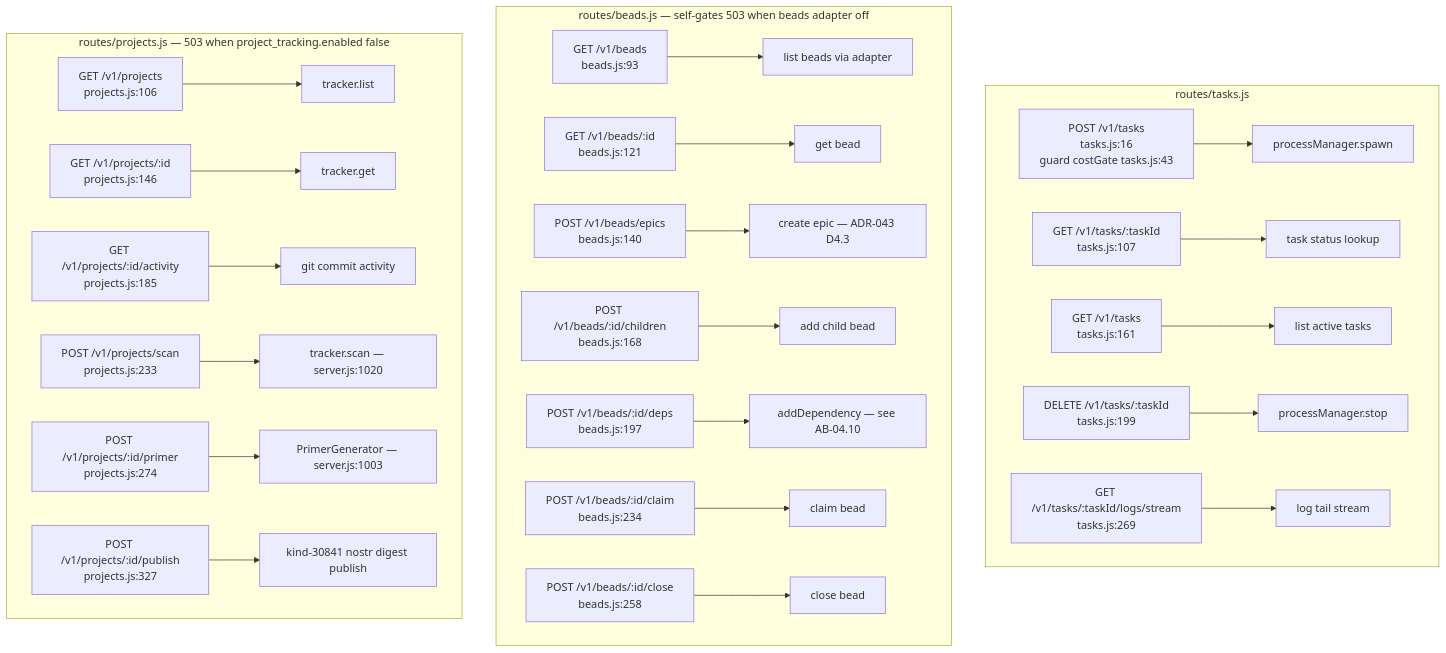
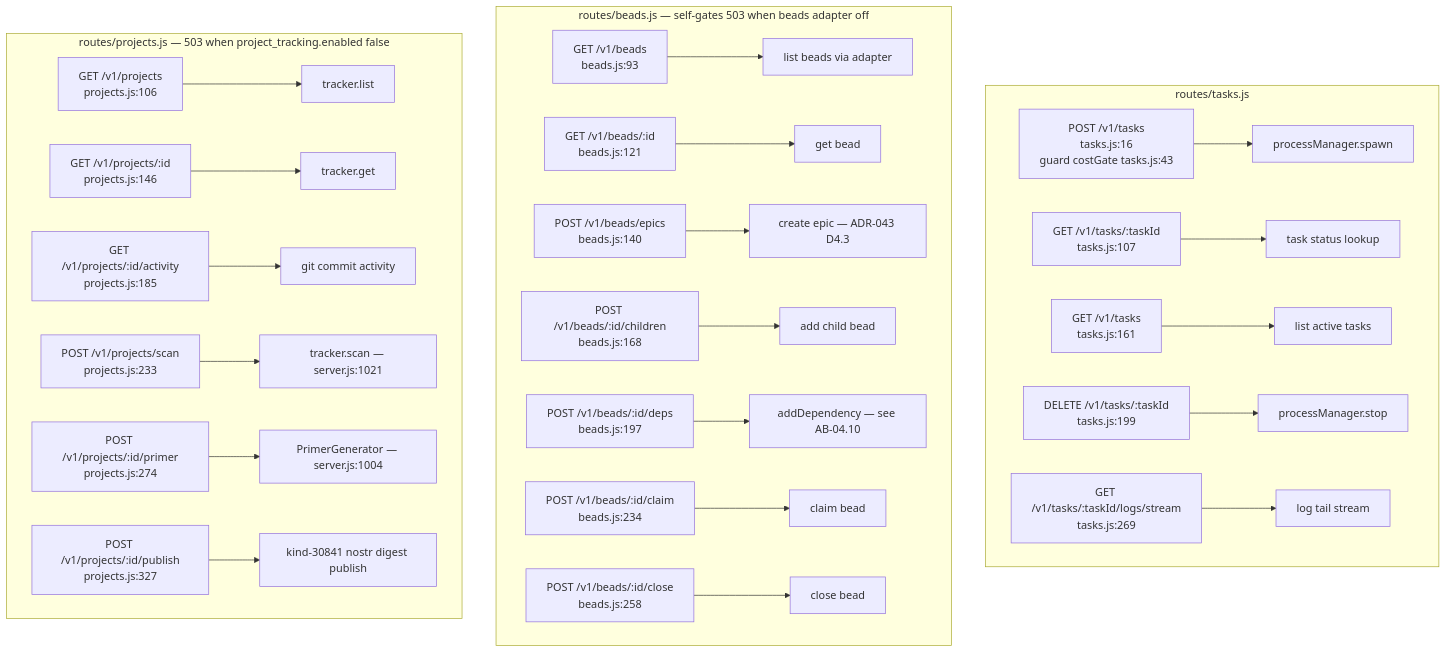
The seventh of 17 diagrams in docs/diagrams/agentbox/03-management-api-request-lifecycle.md (DreamLab-AI/VisionFlow), drawn with Mermaid before and after one commit. The commit also changed other lines of this file and 28 other files, not shown here.

````diff
--- a/docs/diagrams/agentbox/03-management-api-request-lifecycle.md
+++ b/docs/diagrams/agentbox/03-management-api-request-lifecycle.md
@@ -301,27 +302,27 @@
 ```mermaid
 flowchart TD
     subgraph tasks["routes/tasks.js"]
         T1["POST /v1/tasks<br/>tasks.js:16<br/>guard costGate tasks.js:43"] --> TH1["processManager.spawn"]
         T2["GET /v1/tasks/:taskId<br/>tasks.js:107"] --> TH2["task status lookup"]
         T3["GET /v1/tasks<br/>tasks.js:161"] --> TH3["list active tasks"]
         T4["DELETE /v1/tasks/:taskId<br/>tasks.js:199"] --> TH4["processManager.stop"]
         T5["GET /v1/tasks/:taskId/logs/stream<br/>tasks.js:269"] --> TH5["log tail stream"]
     end
     subgraph beads["routes/beads.js — self-gates 503 when beads adapter off"]
         B1["GET /v1/beads<br/>beads.js:93"] --> BH1["list beads via adapter"]
         B2["GET /v1/beads/:id<br/>beads.js:121"] --> BH2["get bead"]
         B3["POST /v1/beads/epics<br/>beads.js:140"] --> BH3["create epic — ADR-043 D4.3"]
         B4["POST /v1/beads/:id/children<br/>beads.js:168"] --> BH4["add child bead"]
         B5["POST /v1/beads/:id/deps<br/>beads.js:197"] --> BH5["addDependency — see AB-04.10"]
         B6["POST /v1/beads/:id/claim<br/>beads.js:234"] --> BH6["claim bead"]
         B7["POST /v1/beads/:id/close<br/>beads.js:258"] --> BH7["close bead"]
     end
     subgraph projects["routes/projects.js — 503 when project_tracking.enabled false"]
         P1["GET /v1/projects<br/>projects.js:106"] --> PH1["tracker.list"]
         P2["GET /v1/projects/:id<br/>projects.js:146"] --> PH2["tracker.get"]
         P3["GET /v1/projects/:id/activity<br/>projects.js:185"] --> PH3["git commit activity"]
-        P4["POST /v1/projects/scan<br/>projects.js:233"] --> PH4["tracker.scan — server.js:1020"]
-        P5["POST /v1/projects/:id/primer<br/>projects.js:274"] --> PH5["PrimerGenerator — server.js:1003"]
+        P4["POST /v1/projects/scan<br/>projects.js:233"] --> PH4["tracker.scan — server.js:1021"]
+        P5["POST /v1/projects/:id/primer<br/>projects.js:274"] --> PH5["PrimerGenerator — server.js:1004"]
         P6["POST /v1/projects/:id/publish<br/>projects.js:327"] --> PH6["kind-30841 nostr digest publish"]
     end
 ```
````
